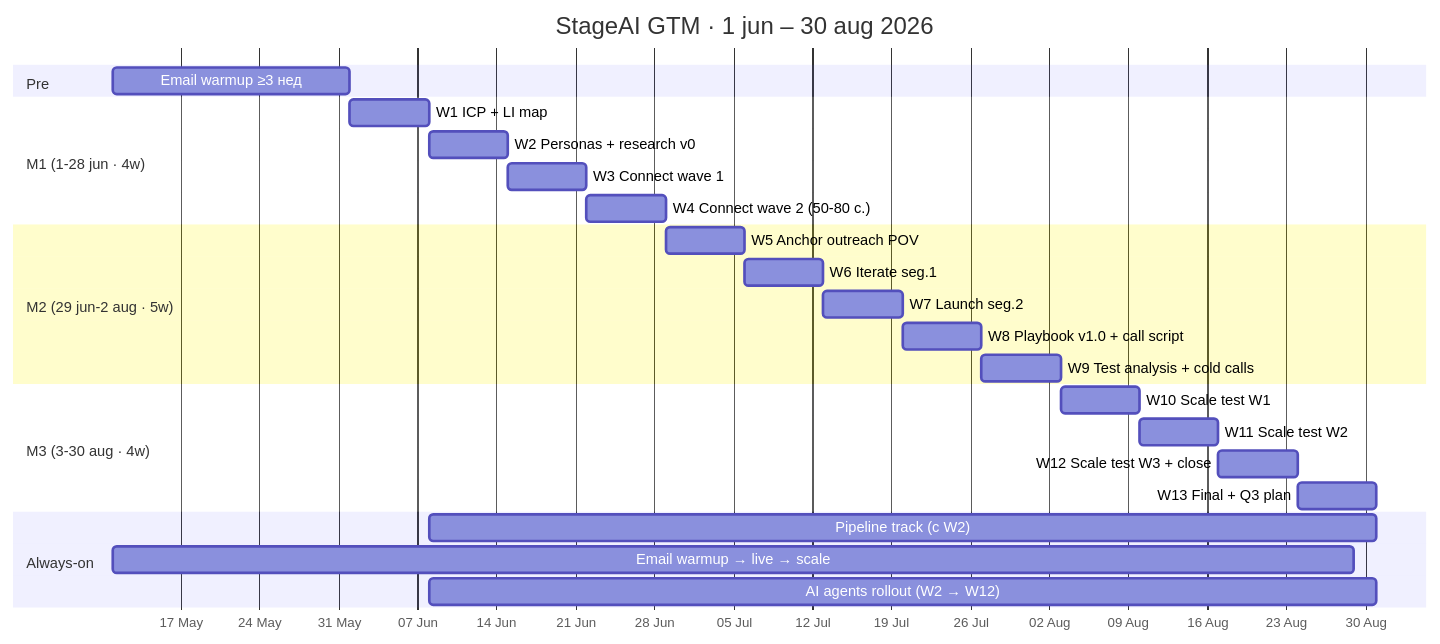
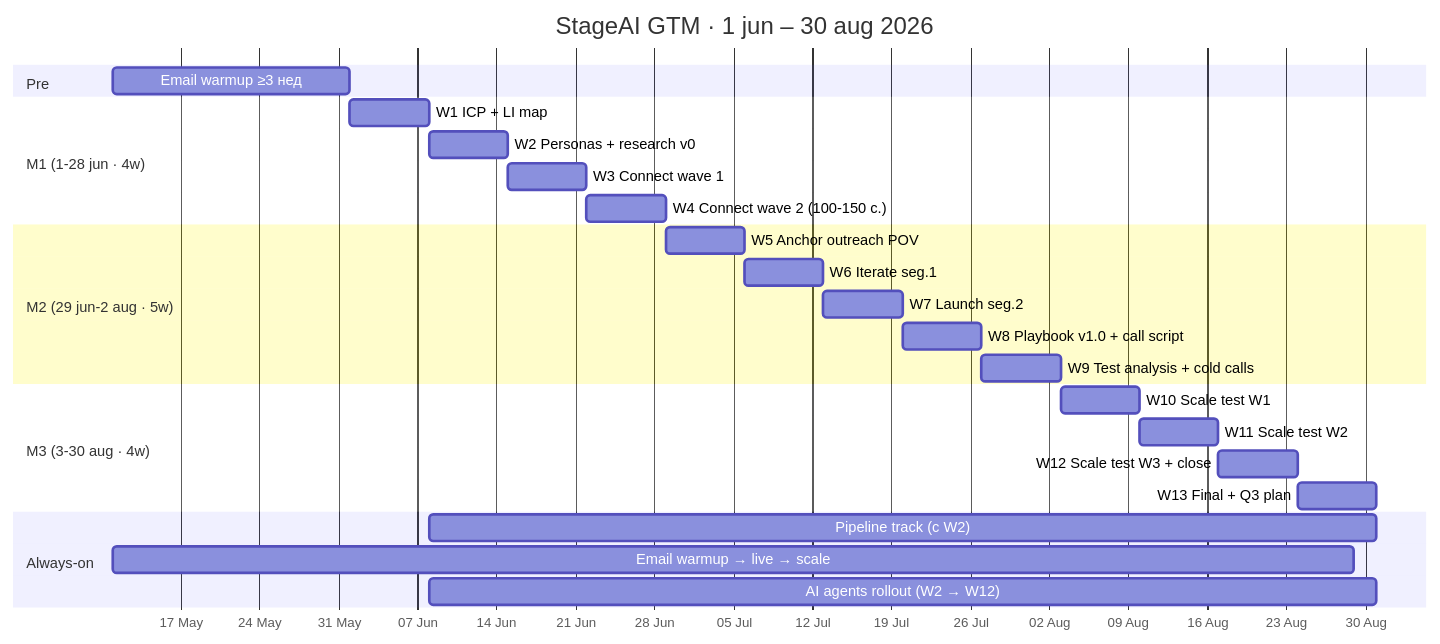
One commit to pashpav-code/stageai changed the diagram in StageAI Roadmap — founder-ready.md. Above: the diagram before and after it, drawn with Mermaid. The commit also changed other lines of this file and 5 other files, not shown here.

````diff
--- a/StageAI Roadmap — founder-ready.md
+++ b/StageAI Roadmap — founder-ready.md
@@ -40,33 +48,33 @@
 ```mermaid
 gantt
   title StageAI GTM · 1 jun – 30 aug 2026
   dateFormat YYYY-MM-DD
   axisFormat %d %b
 
   section Pre
   Email warmup ≥3 нед             :2026-05-11, 21d
 
   section M1 (1-28 jun · 4w)
   W1 ICP + LI map                 :2026-06-01, 7d
   W2 Personas + research v0       :2026-06-08, 7d
   W3 Connect wave 1               :2026-06-15, 7d
-  W4 Connect wave 2 (50-80 c.)    :2026-06-22, 7d
+  W4 Connect wave 2 (100-150 c.)  :2026-06-22, 7d
 
   section M2 (29 jun-2 aug · 5w)
   W5 Anchor outreach POV          :2026-06-29, 7d
   W6 Iterate seg.1                :2026-07-06, 7d
   W7 Launch seg.2                 :2026-07-13, 7d
   W8 Playbook v1.0 + call script  :2026-07-20, 7d
   W9 Test analysis + cold calls   :2026-07-27, 7d
 
   section M3 (3-30 aug · 4w)
   W10 Scale test W1               :2026-08-03, 7d
   W11 Scale test W2               :2026-08-10, 7d
   W12 Scale test W3 + close       :2026-08-17, 7d
   W13 Final + Q3 plan             :2026-08-24, 7d
 
   section Always-on
   Pipeline track (с W2)           :2026-06-08, 84d
   Email warmup → live → scale     :2026-05-11, 110d
   AI agents rollout (W2 → W12)    :2026-06-08, 84d
 ```
````
